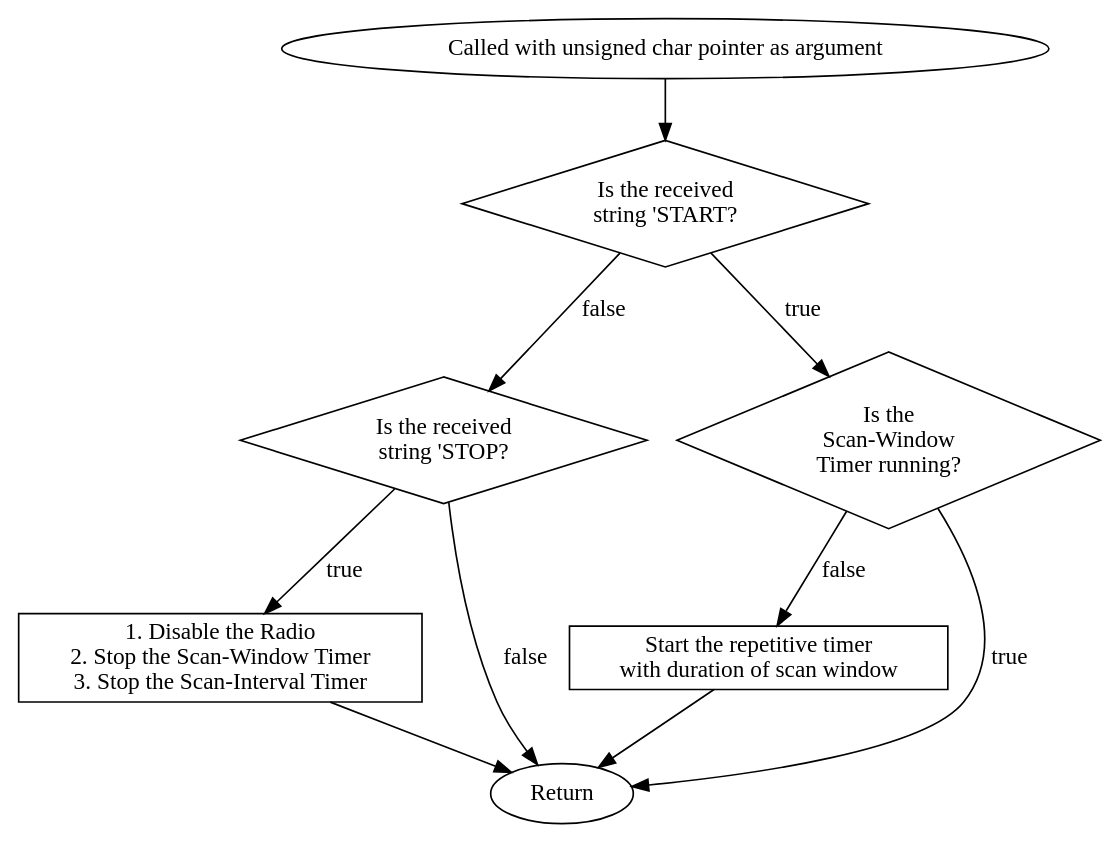
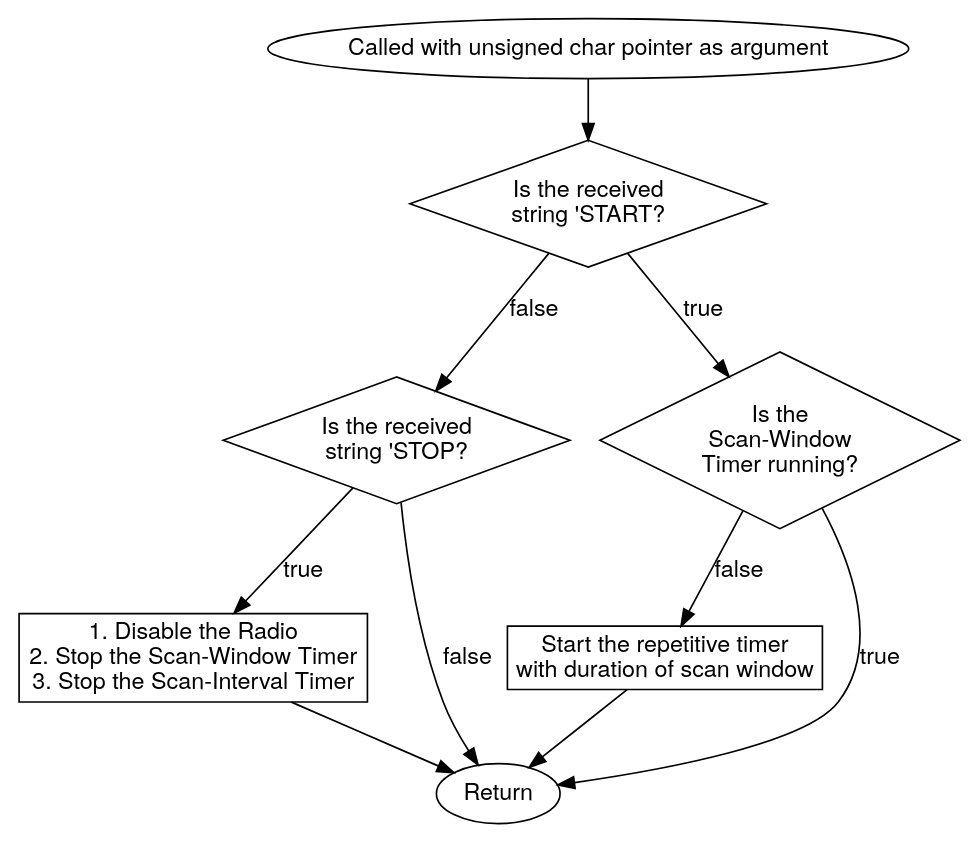
One commit to EarthLord/MasterThesisReport changed the diagram in Images/UartISR_chart.dot. Above: the diagram before and after it, drawn with Graphviz. The commit also changed 48 other files, not shown here.

```diff
--- a/Images/UartISR_chart.dot
+++ b/Images/UartISR_chart.dot
@@ -1,18 +1,18 @@
  digraph uart_handler_flow {
-	a [shape = oval, label = "Called with unsigned char pointer as argument"]
-	b [shape = diamond, label ="Is the received\nstring 'START?"]
-	c [shape = diamond, label ="Is the received\nstring 'STOP?"]
-	d [shape = diamond, label ="Is the\nScan-Window\nTimer running?"]
-	g [shape = box, label ="Start the repetitive timer\nwith duration of scan window"]
-	e [shape = box, label ="1. Disable the Radio\n2. Stop the Scan-Window Timer\n3. Stop the Scan-Interval Timer"]
-	f [shape = oval, label ="Return"]
+	a [shape = oval, label = "Called with unsigned char pointer as argument",fontname = "Helvetica Neue"]
+	b [shape = diamond, label ="Is the received\nstring 'START?",fontname = "Helvetica Neue"]
+	c [shape = diamond, label ="Is the received\nstring 'STOP?",fontname = "Helvetica Neue"]
+	d [shape = diamond, label ="Is the\nScan-Window\nTimer running?",fontname = "Helvetica Neue"]
+	g [shape = box, label ="Start the repetitive timer\nwith duration of scan window",fontname = "Helvetica Neue"]
+	e [shape = box, label ="1. Disable the Radio\n2. Stop the Scan-Window Timer\n3. Stop the Scan-Interval Timer",fontname = "Helvetica Neue"]
+	f [shape = oval, label ="Return",fontname = "Helvetica Neue"]
 	a -> b;
-	b -> c [label ="false"];
-	b -> d [label ="true"];
-	c -> e [label ="true"];
-	c -> f [label ="false"];
-	d -> g [label ="false"];
-	d -> f [label ="true"];
+	b -> c [label ="false",fontname = "Helvetica Neue"];
+	b -> d [label ="true",fontname = "Helvetica Neue"];
+	c -> e [label ="true",fontname = "Helvetica Neue"];
+	c -> f [label ="false",fontname = "Helvetica Neue"];
+	d -> g [label ="false",fontname = "Helvetica Neue"];
+	d -> f [label ="true",fontname = "Helvetica Neue"];
 	e -> f;
 	g -> f;
  }
```
